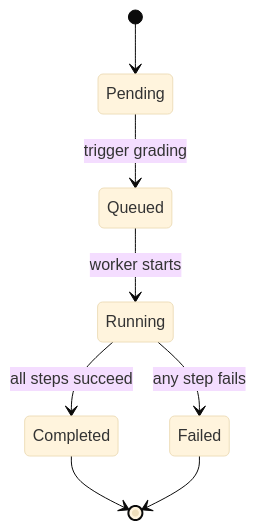
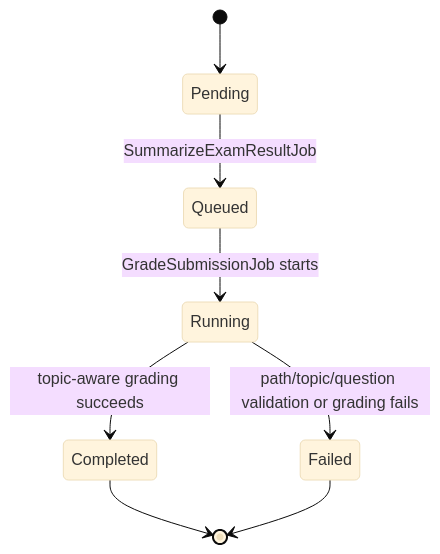
Before and after one commit to namprobe/PRN232_G9_AutoGradingTool: the first of 4 diagrams in docs/WORKFLOW_OVERVIEW.md, drawn with Mermaid (base theme). The commit also changed other lines of this file and 42 other files, not shown here.

First line of the commit message:
Add batch submit flow and grading job pipeline

````diff
--- a/docs/WORKFLOW_OVERVIEW.md
+++ b/docs/WORKFLOW_OVERVIEW.md
@@ -27,10 +44,10 @@
 ```mermaid
 stateDiagram-v2
     [*] --> Pending
-    Pending --> Queued: trigger grading
-    Queued --> Running: worker starts
-    Running --> Completed: all steps succeed
-    Running --> Failed: any step fails
+    Pending --> Queued: SummarizeExamResultJob
+    Queued --> Running: GradeSubmissionJob starts
+    Running --> Completed: topic-aware grading succeeds
+    Running --> Failed: path/topic/question validation or grading fails
     Completed --> [*]
     Failed --> [*]
 ```
````
